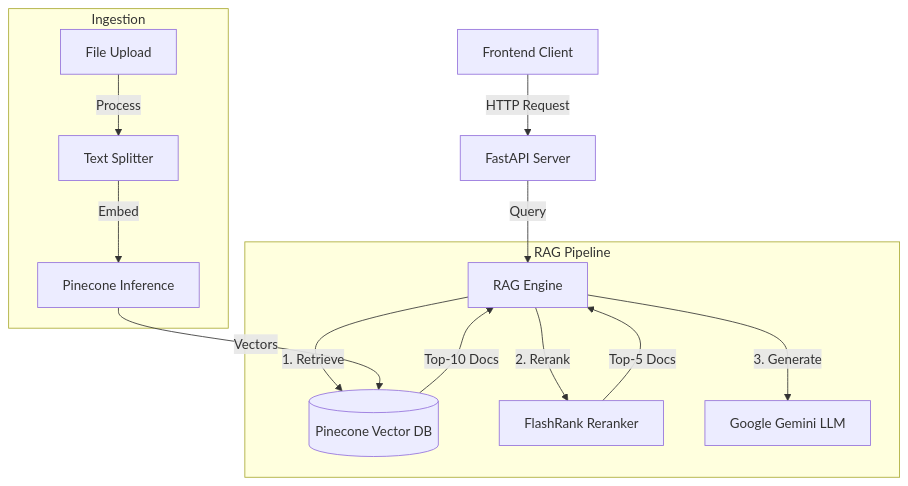
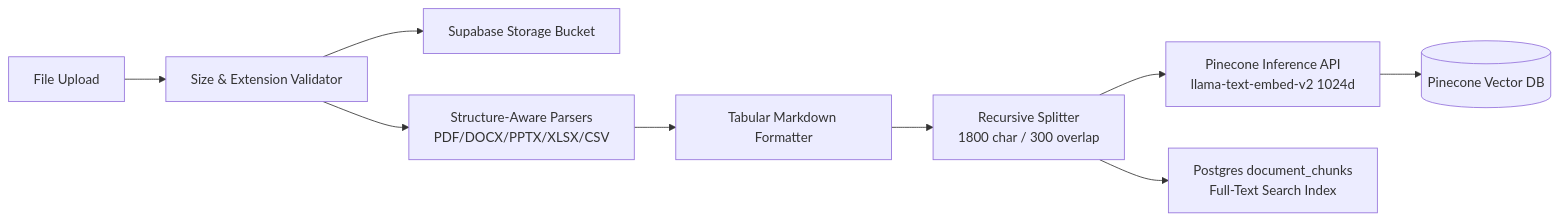
One commit to DJ-InfinityCoder/RAG changed the second of 2 diagrams in RagBackend/README.md. Above: the diagram before and after it, drawn with Mermaid. The commit also changed other lines of this file and 86 other files, not shown here.

````diff
--- a/RagBackend/README.md
+++ b/RagBackend/README.md
@@ -9,19 +90,14 @@
 ```mermaid
-graph TD
-    Client[Frontend Client] -->|HTTP Request| API[FastAPI Server]
-    API -->|Query| RAG[RAG Engine]
+graph LR
+    Upload[File Upload] --> Validate[Size & Extension Validator]
+    Validate --> Storage[Supabase Storage Bucket]
+    Validate --> Parser[Structure-Aware Parsers<br/>PDF/DOCX/PPTX/XLSX/CSV]
     
-    subgraph "RAG Pipeline"
-        RAG -->|1. Retrieve| Pinecone[(Pinecone Vector DB)]
-        Pinecone -->|Top-10 Docs| RAG
-        RAG -->|2. Rerank| FlashRank[FlashRank Reranker]
-        FlashRank -->|Top-5 Docs| RAG
-        RAG -->|3. Generate| Gemini[Google Gemini LLM]
-    end
+    Parser --> Markdown[Tabular Markdown Formatter]
+    Markdown --> Splitter[Recursive Splitter<br/>1800 char / 300 overlap]
     
-    subgraph "Ingestion"
-        Upload[File Upload] -->|Process| Splitter[Text Splitter]
-        Splitter -->|Embed| EmbedModel[Pinecone Inference]
-        EmbedModel -->|Vectors| Pinecone
-    end
+    Splitter --> Embed[Pinecone Inference API<br/>llama-text-embed-v2 1024d]
+    Splitter --> PostgresFTS[Postgres document_chunks<br/>Full-Text Search Index]
+    
+    Embed --> Pinecone[(Pinecone Vector DB)]
 ```
````
